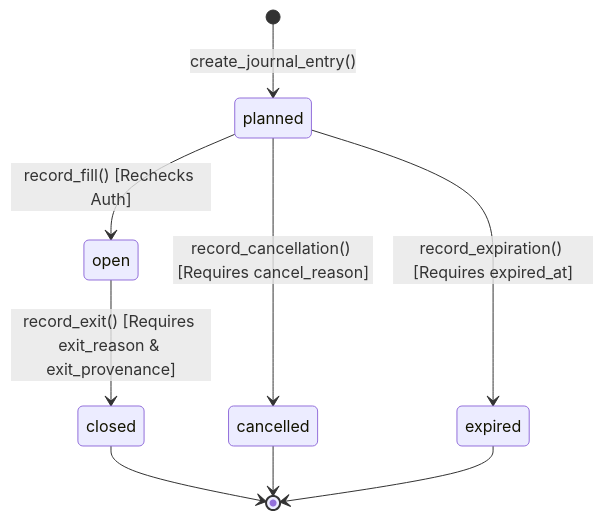
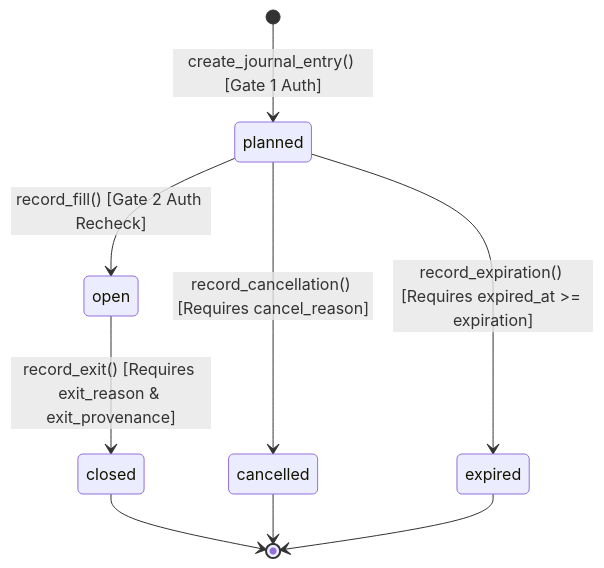
Before and after one commit to gyairbyte/TradeX: the second of 3 diagrams in docs/product/MVP-ARCH-001-R6-READINESS.md, drawn with Mermaid. The commit also changed other lines of this file, not shown here.

Commit message:
MVP-ARCH-001-R6: close remaining contract gaps and produce final readiness merge gate

````diff
--- a/docs/product/MVP-ARCH-001-R6-READINESS.md
+++ b/docs/product/MVP-ARCH-001-R6-READINESS.md
@@ -253,12 +265,12 @@
 ```mermaid
 stateDiagram-v2
-    [*] --> planned : create_journal_entry()
-    planned --> open : record_fill() [Rechecks Auth]
+    [*] --> planned : create_journal_entry() [Gate 1 Auth]
+    planned --> open : record_fill() [Gate 2 Auth Recheck]
     planned --> cancelled : record_cancellation() [Requires cancel_reason]
-    planned --> expired : record_expiration() [Requires expired_at]
+    planned --> expired : record_expiration() [Requires expired_at >= expiration]
     open --> closed : record_exit() [Requires exit_reason & exit_provenance]
 
     closed --> [*]
     cancelled --> [*]
     expired --> [*]
 ```
````
